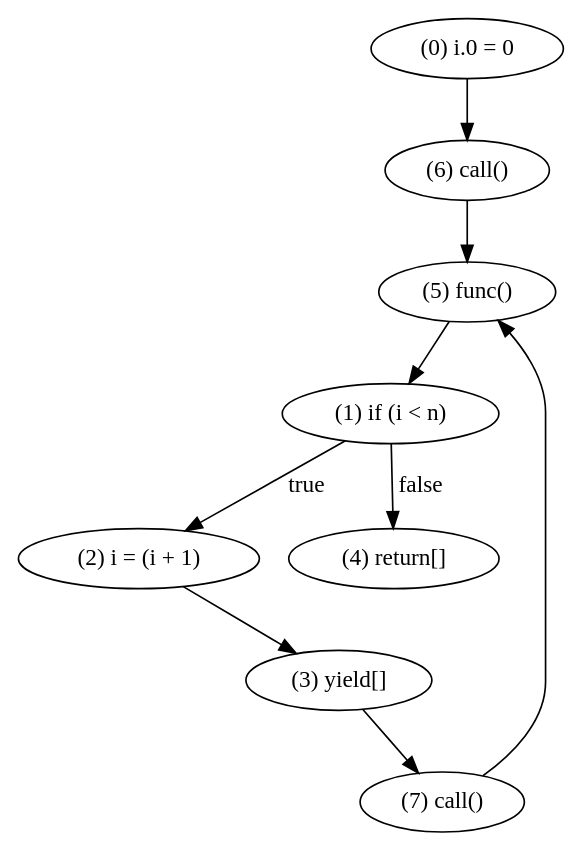
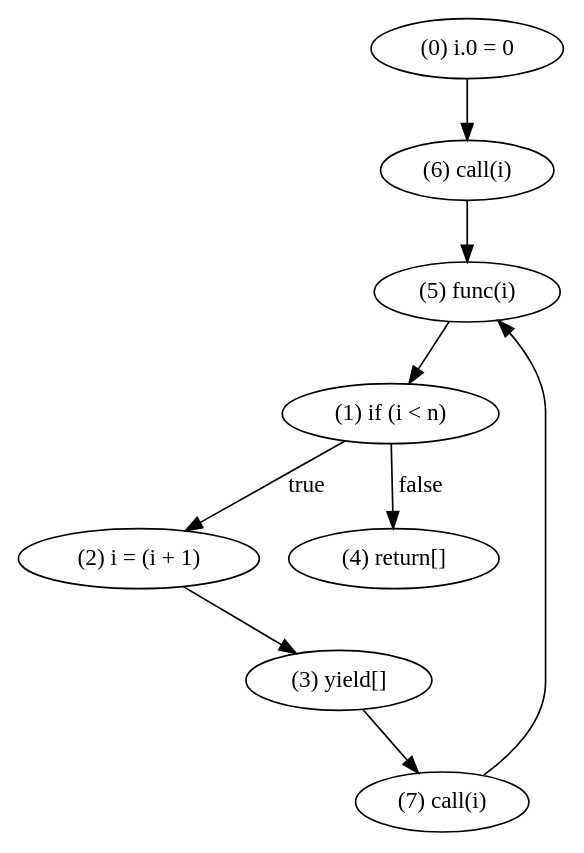
Before and after one commit to WorldofKerry/ToHDL: the diagram in crates/passes/make_ssa.dot, drawn with Graphviz. The commit also changed 2 other files, not shown here.

```diff
--- a/crates/passes/make_ssa.dot
+++ b/crates/passes/make_ssa.dot
@@ -1,18 +1,18 @@
 digraph {
     0 [ label = "(0) i.0 = 0" ]
     1 [ label = "(1) if (i < n)" ]
     2 [ label = "(2) i = (i + 1)" ]
     3 [ label = "(3) yield[]" ]
     4 [ label = "(4) return[]" ]
-    5 [ label = "(5) func()" ]
-    6 [ label = "(6) call()" ]
-    7 [ label = "(7) call()" ]
+    5 [ label = "(5) func(i)" ]
+    6 [ label = "(6) call(i)" ]
+    7 [ label = "(7) call(i)" ]
     0 -> 6 [ label = "" ]
     1 -> 4 [ label = "false" ]
     1 -> 2 [ label = "true" ]
     2 -> 3 [ label = "" ]
     3 -> 7 [ label = "" ]
     5 -> 1 [ label = "" ]
     6 -> 5 [ label = "" ]
     7 -> 5 [ label = "" ]
 }
```
